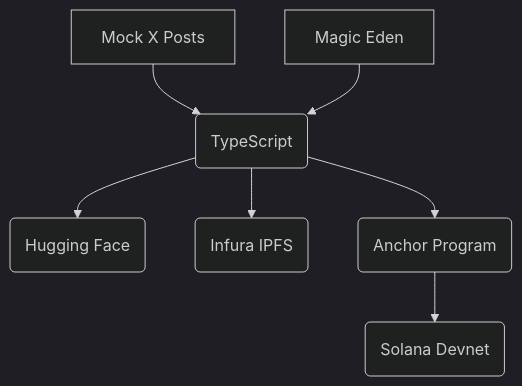
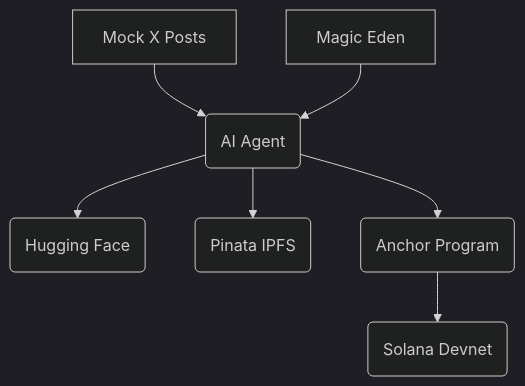
Before and after one commit to pupplecat/nft-ai-solana-talk: the diagram in slides.md, drawn with Mermaid (dark theme). The commit also changed other lines of this file and 2 other files, not shown here.

````diff
--- a/slides.md
+++ b/slides.md
@@ -120,9 +129,9 @@
 ```mermaid
 graph TD
-  A[Mock X Posts] --> B(TypeScript)
+  A[Mock X Posts] --> B(AI Agent)
   B --> C(Hugging Face)
-  B --> D(Infura IPFS)
+  B --> D(Pinata IPFS)
   B --> E(Anchor Program)
   E --> F(Solana Devnet)
   G[Magic Eden] --> B
 ```
````
